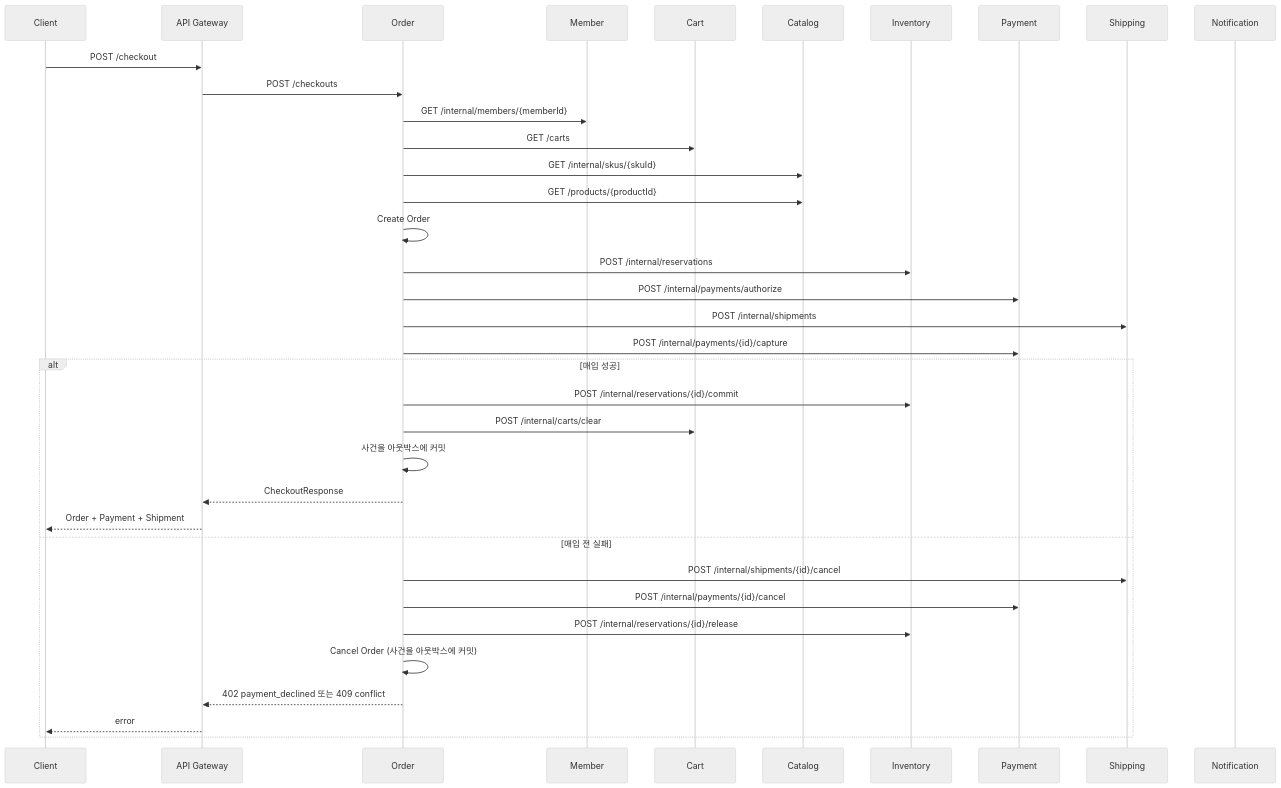
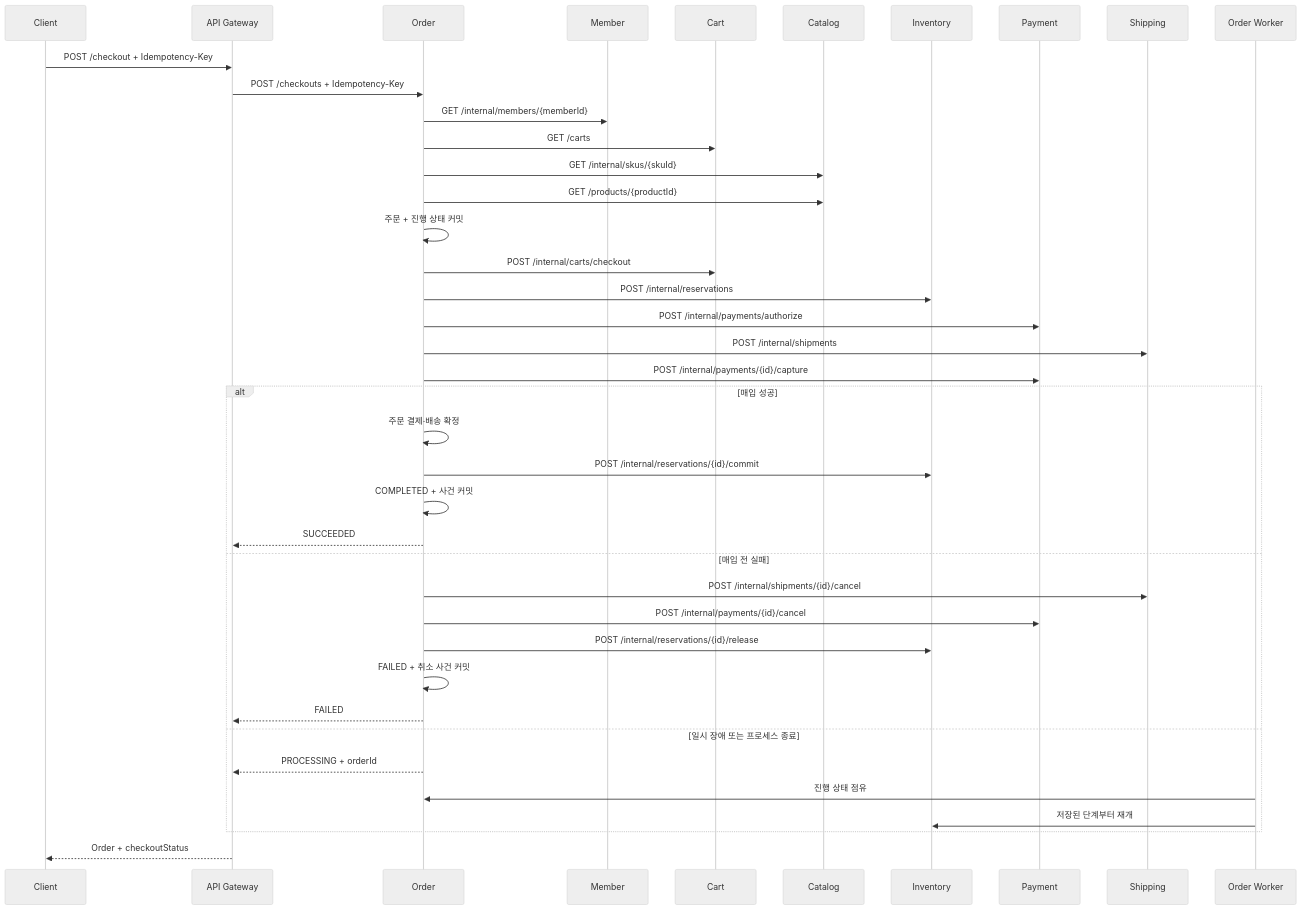
One commit to impati/commerce changed the second of 3 diagrams in docs/architecture.md. Above: the diagram before and after it, drawn with Mermaid (neutral theme). The commit also changed other lines of this file and 111 other files, not shown here.

````diff
--- a/docs/architecture.md
+++ b/docs/architecture.md
@@ -43,39 +43,43 @@
 ```mermaid
 sequenceDiagram
     participant C as Client
     participant G as API Gateway
     participant O as Order
     participant M as Member
     participant Cart as Cart
     participant Cat as Catalog
     participant Inv as Inventory
     participant Pay as Payment
     participant Ship as Shipping
-    participant N as Notification
+    participant W as Order Worker
 
-    C->>G: POST /checkout
-    G->>O: POST /checkouts
+    C->>G: POST /checkout + Idempotency-Key
+    G->>O: POST /checkouts + Idempotency-Key
     O->>M: GET /internal/members/{memberId}
     O->>Cart: GET /carts
     O->>Cat: GET /internal/skus/{skuId}
     O->>Cat: GET /products/{productId}
-    O->>O: Create Order
+    O->>O: 주문 + 진행 상태 커밋
+    O->>Cart: POST /internal/carts/checkout
     O->>Inv: POST /internal/reservations
     O->>Pay: POST /internal/payments/authorize
     O->>Ship: POST /internal/shipments
     O->>Pay: POST /internal/payments/{id}/capture
     alt 매입 성공
+        O->>O: 주문 결제·배송 확정
         O->>Inv: POST /internal/reservations/{id}/commit
-        O->>Cart: POST /internal/carts/clear
-        O->>O: 사건을 아웃박스에 커밋
-        O-->>G: CheckoutResponse
-        G-->>C: Order + Payment + Shipment
+        O->>O: COMPLETED + 사건 커밋
+        O-->>G: SUCCEEDED
     else 매입 전 실패
         O->>Ship: POST /internal/shipments/{id}/cancel
         O->>Pay: POST /internal/payments/{id}/cancel
         O->>Inv: POST /internal/reservations/{id}/release
-        O->>O: Cancel Order (사건을 아웃박스에 커밋)
-        O-->>G: 402 payment_declined 또는 409 conflict
-        G-->>C: error
+        O->>O: FAILED + 취소 사건 커밋
+        O-->>G: FAILED
+    else 일시 장애 또는 프로세스 종료
+        O-->>G: PROCESSING + orderId
+        W->>O: 진행 상태 점유
+        W->>Inv: 저장된 단계부터 재개
     end
+    G-->>C: Order + checkoutStatus
 ```
````
